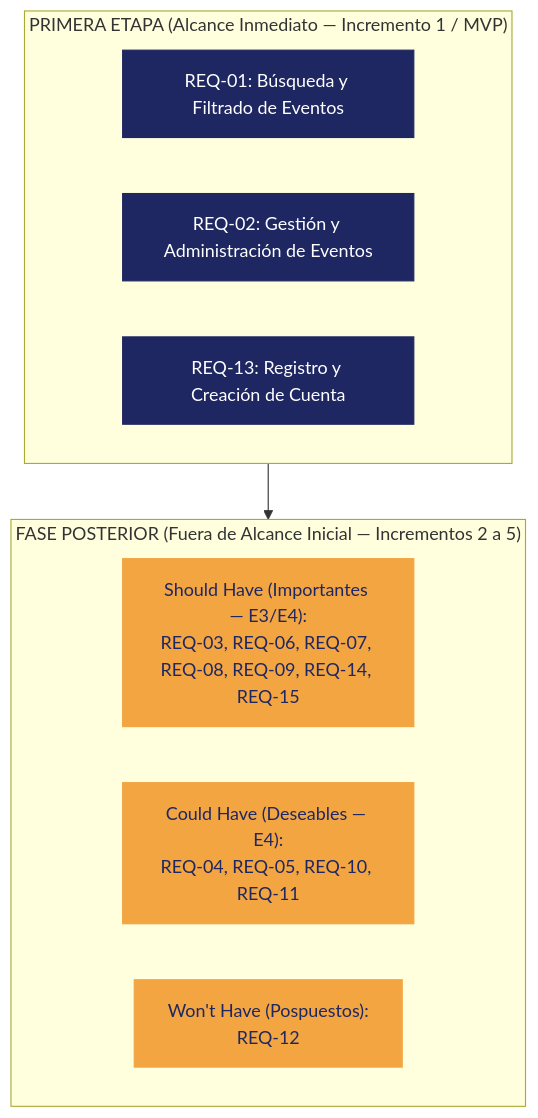
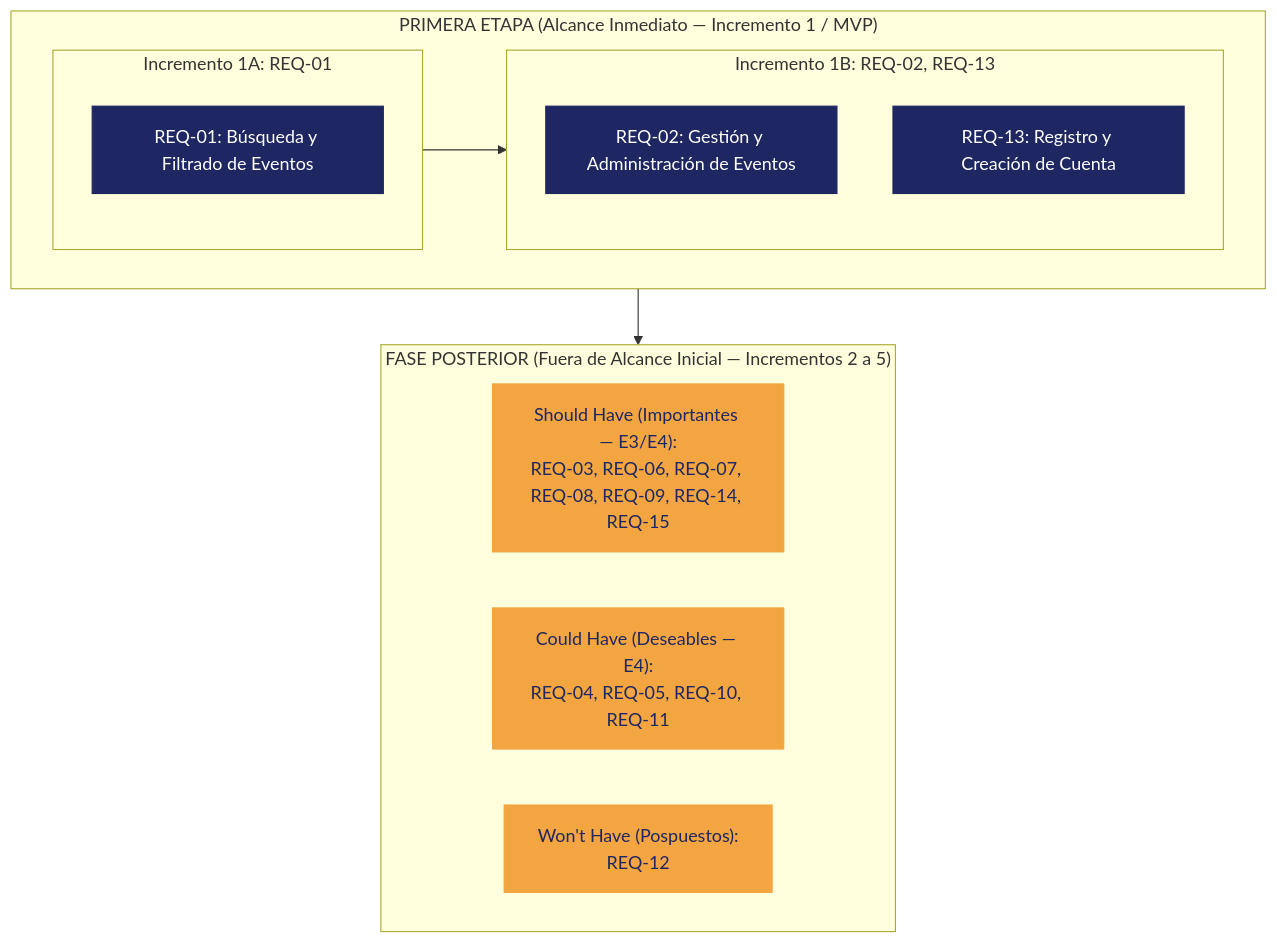
Before and after one commit to ProyectPlanning/Sistema_de_eventos: the diagram in Docs/Requirements/Prioridad_De_Requerimientos.md, drawn with Mermaid. The commit also changed other lines of this file, not shown here.

Commit message:
Refactor requirements prioritization and flowchart

````diff
--- a/Docs/Requirements/Prioridad_De_Requerimientos.md
+++ b/Docs/Requirements/Prioridad_De_Requerimientos.md
@@ -15,21 +15,28 @@
 ```mermaid
 flowchart TD
     subgraph ETAPA1["PRIMERA ETAPA (Alcance Inmediato — Incremento 1 / MVP)"]
-        R01["REQ-01: Búsqueda y Filtrado de Eventos"]
-        R02["REQ-02: Gestión y Administración de Eventos"]
-        R13["REQ-13: Registro y Creación de Cuenta"]
+        subgraph INC_1A["Incremento 1A: REQ-01"]
+            R01["REQ-01: Búsqueda y Filtrado de Eventos"]
+        end
+
+        subgraph INC_1B["Incremento 1B: REQ-02, REQ-13"]
+            R02["REQ-02: Gestión y Administración de Eventos"]
+            R13["REQ-13: Registro y Creación de Cuenta"]
+        end
+
+        INC_1A --> INC_1B
     end
 
     subgraph FASE_POSTERIOR["FASE POSTERIOR (Fuera de Alcance Inicial — Incrementos 2 a 5)"]
         SHOULD["Should Have (Importantes — E3/E4):<br/>REQ-03, REQ-06, REQ-07, REQ-08, REQ-09, REQ-14, REQ-15"]
         COULD["Could Have (Deseables — E4):<br/>REQ-04, REQ-05, REQ-10, REQ-11"]
         WONT["Won't Have (Pospuestos):<br/>REQ-12"]
     end
 
     ETAPA1 --> FASE_POSTERIOR
 
     classDef etapa fill:#1E2761,color:#ffffff,stroke:#1E2761;
     classDef posterior fill:#F2A541,color:#1E2761,stroke:#F2A541;
     class R01,R02,R13 etapa;
     class SHOULD,COULD,WONT posterior;
 ```
````
